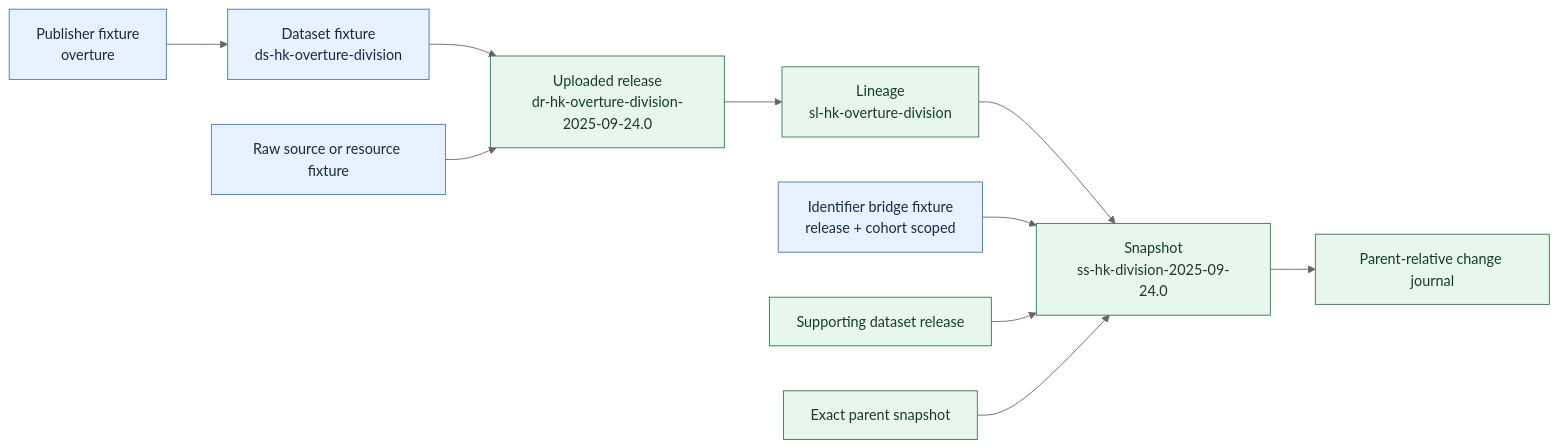
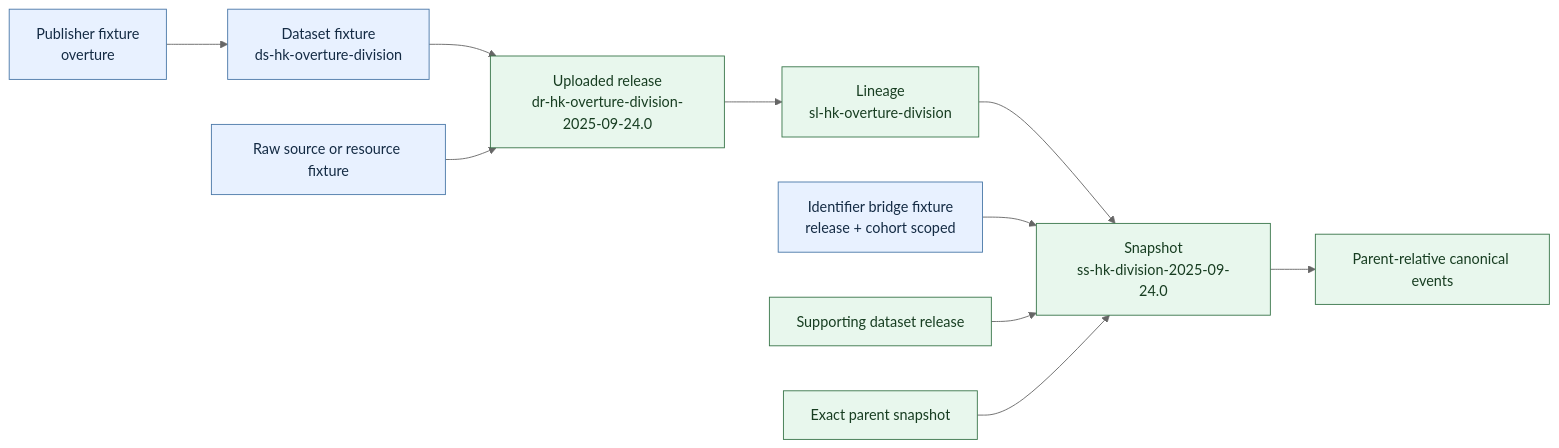
One commit to saanseoi/saanseoi changed the third of 7 diagrams in docs/versioning.md. Above: the diagram before and after it, drawn with Mermaid (neutral theme). The commit also changed other lines of this file and 189 other files, not shown here.

Commit message:
refactor(history): store snapshot changes as inline branch events

````diff
--- a/docs/versioning.md
+++ b/docs/versioning.md
@@ -216,18 +216,18 @@
 ```mermaid
 flowchart LR
   Publisher[Publisher fixture<br/>overture] --> Dataset[Dataset fixture<br/>ds-hk-overture-division]
   Dataset --> Release[Uploaded release<br/>dr-hk-overture-division-2025-09-24.0]
   Release --> Lineage[Lineage<br/>sl-hk-overture-division]
   Lineage --> Snapshot[Snapshot<br/>ss-hk-division-2025-09-24.0]
 
   Source[Raw source or resource fixture] --> Release
   Bridge[Identifier bridge fixture<br/>release + cohort scoped] --> Snapshot
   SupportingRelease[Supporting dataset release] --> Snapshot
-  Snapshot --> Journal[Parent-relative change journal]
+  Snapshot --> Journal[Parent-relative canonical events]
   Parent[Exact parent snapshot] --> Snapshot
 
   classDef fixture fill:#e8f1ff,stroke:#4a78a8,color:#142b44
   classDef published fill:#e8f7ed,stroke:#39764a,color:#173d21
   class Publisher,Dataset,Source,Bridge fixture
   class Release,Lineage,Snapshot,Journal,Parent,SupportingRelease published
 ```
````
